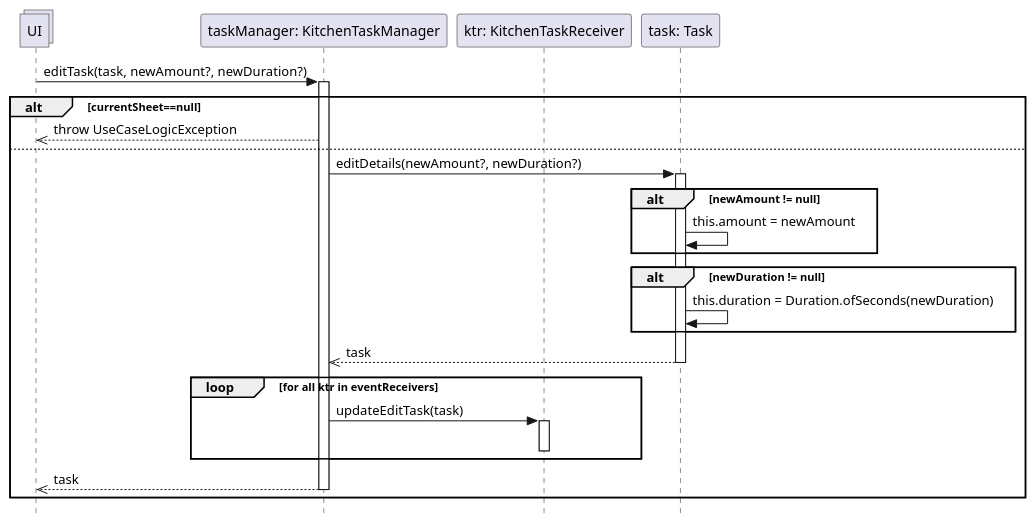
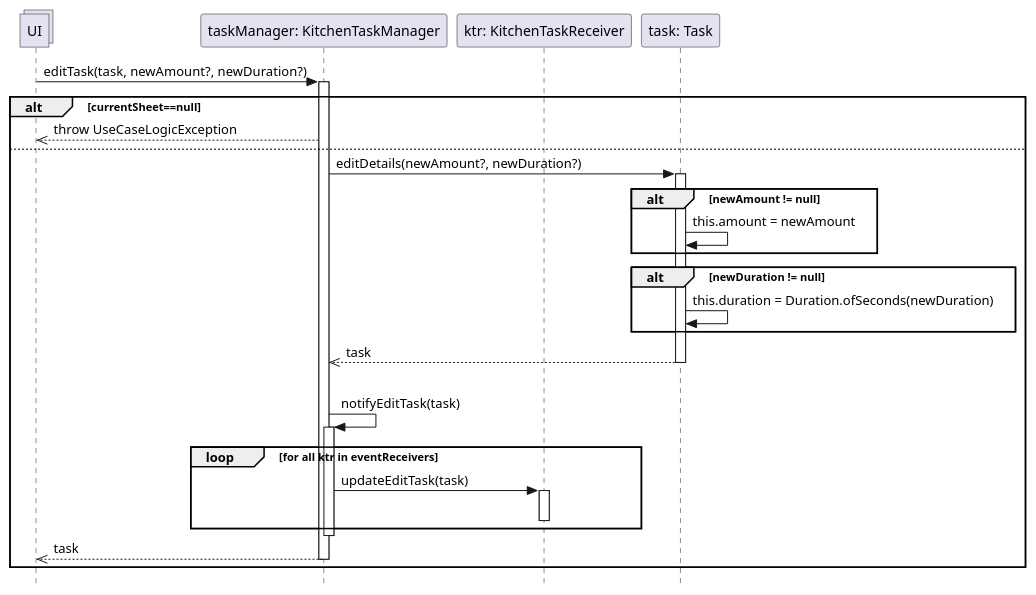
The diagram in UC Gestire Compiti Cucina/Progettazione/DSD Operazione 5.puml (stefa168/sas-project), drawn with PlantUML before and after one commit. The commit also changed 6 other files, not shown here.

```diff
--- a/UC Gestire Compiti Cucina/Progettazione/DSD Operazione 5.puml
+++ b/UC Gestire Compiti Cucina/Progettazione/DSD Operazione 5.puml
@@ -1,41 +1,44 @@
 @startuml Operazione 5
 skinparam Style strictuml
 
 collections UI
 
 participant "taskManager: KitchenTaskManager" as tm
     participant "ktr: KitchenTaskReceiver" as ktr
 
 UI -> tm: editTask(task, newAmount?, newDuration?)
 activate tm
 
 participant "task: Task" as task
 
 alt currentSheet==null
     UI <<-- tm: throw UseCaseLogicException
 else
     tm -> task: editDetails(newAmount?, newDuration?)
     activate task
 
     alt newAmount != null
         task -> task: this.amount = newAmount
     end
 
     alt newDuration != null
         task -> task: this.duration = Duration.ofSeconds(newDuration)
     end
 
     tm <<--task: task
     deactivate task
-
+    |||
+    tm -> tm: notifyEditTask(task)
+    activate tm
     loop for all ktr in eventReceivers
         tm -> ktr : updateEditTask(task)
         activate ktr
         deactivate ktr
     end
+    deactivate tm
 
     UI <<-- tm: task
     deactivate tm
 
 end
 @enduml
```
